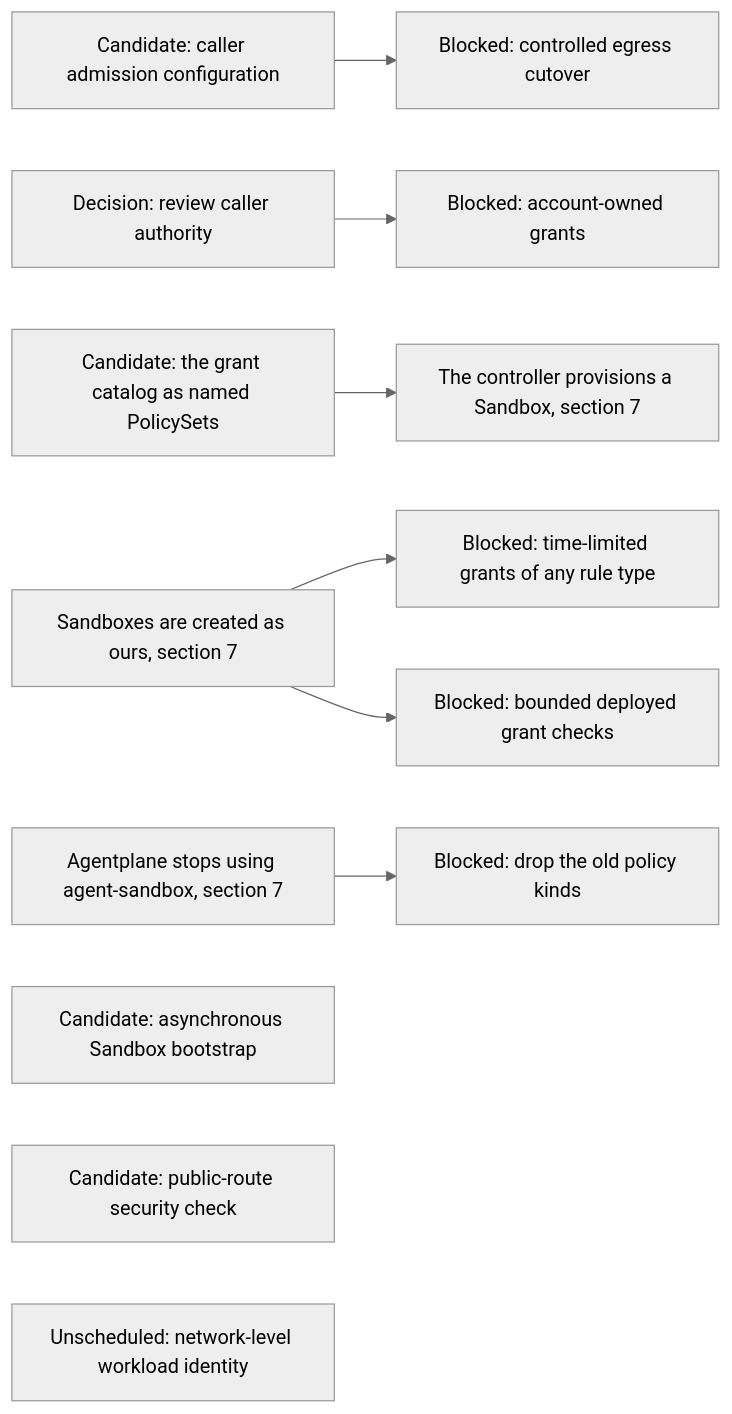
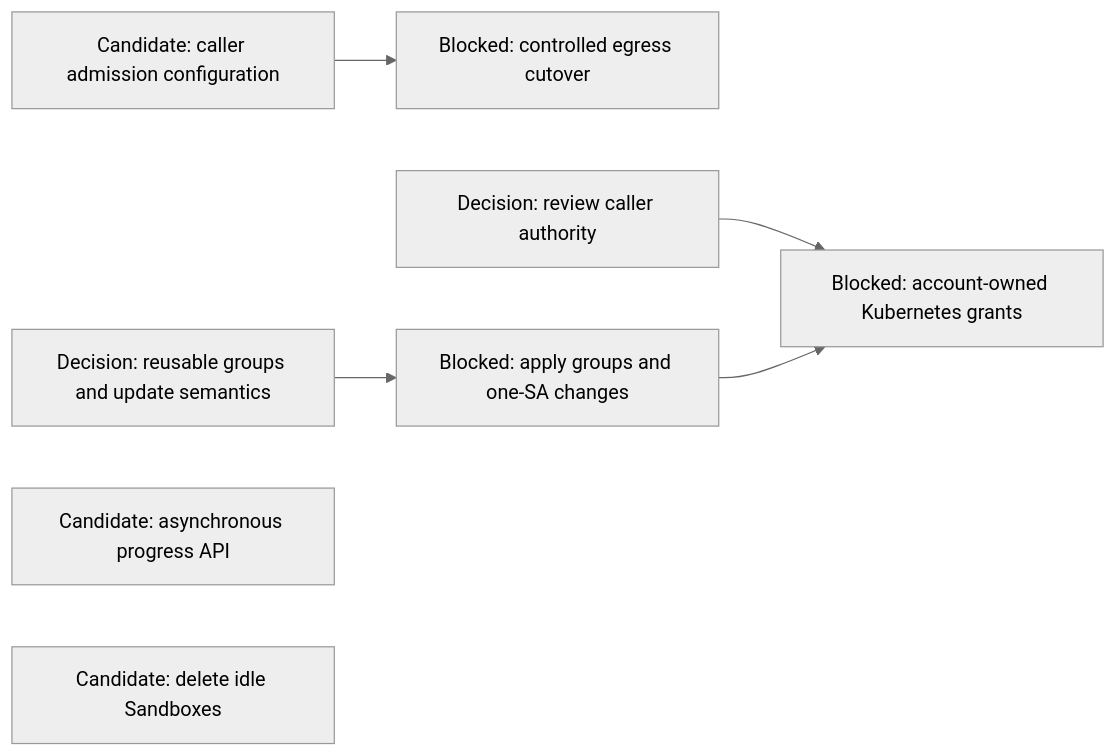
The seventh of 13 diagrams in agentplane/plans/task_dag.md (agentydragon/ducktape), drawn with Mermaid (neutral theme) before and after one commit. The commit also changed other lines of this file, not shown here.

First line of the commit message:
agentplane/plans: add the coherence refactor nodes

````diff
--- a/agentplane/plans/task_dag.md
+++ b/agentplane/plans/task_dag.md
@@ -471,14 +451,9 @@
 ```mermaid
 flowchart LR
     PC_EGRESS_CREDENTIALS[Candidate: caller admission configuration] --> PC_EGRESS[Blocked: controlled egress cutover]
-    CLAUDE_AI_SA[Decision: review caller authority] --> MANAGED_SA_RBAC[Blocked: account-owned grants]
-    KUBERNETES_POLICY_SETS[Candidate: the grant catalog as named PolicySets]
-    KUBERNETES_POLICY_SETS --> SANDBOX_CONTROLLER_PROVISIONING[The controller provisions a Sandbox, section 7]
-    SANDBOX_CREATE_CUTOVER[Sandboxes are created as ours, section 7] --> POLICY_RUNTIME_GRANTS[Blocked: time-limited grants of any rule type]
-    SANDBOX_CREATE_CUTOVER --> SANDBOX_RBAC
-    AGENT_SANDBOX_RETIRE[Agentplane stops using agent-sandbox, section 7] --> OLD_POLICY_KINDS_DROP[Blocked: drop the old policy kinds]
-    BOOTSTRAP_PROGRESS_CONTRACT[Candidate: asynchronous Sandbox bootstrap]
-    SANDBOX_RBAC[Blocked: bounded deployed grant checks]
-    NOTIFICATION_INGRESS_BOUNDARY[Candidate: public-route security check]
-    NETWORK_WORKLOAD_IDENTITY[Unscheduled: network-level workload identity]
+    CLAUDE_AI_SA[Decision: review caller authority] --> MANAGED_SA_RBAC[Blocked: account-owned Kubernetes grants]
+    KUBERNETES_RBAC_POLICIES[Decision: reusable groups and update semantics] --> KUBERNETES_RBAC_POLICY_BINDINGS[Blocked: apply groups and one-SA changes]
+    KUBERNETES_RBAC_POLICY_BINDINGS --> MANAGED_SA_RBAC
+    BOOTSTRAP_PROGRESS_CONTRACT[Candidate: asynchronous progress API]
+    SANDBOX_IDLE_EXPIRY[Candidate: delete idle Sandboxes]
 ```
````
